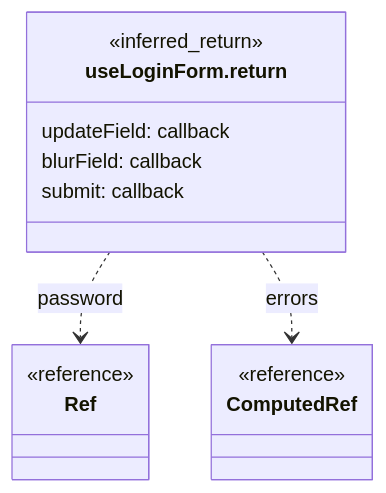
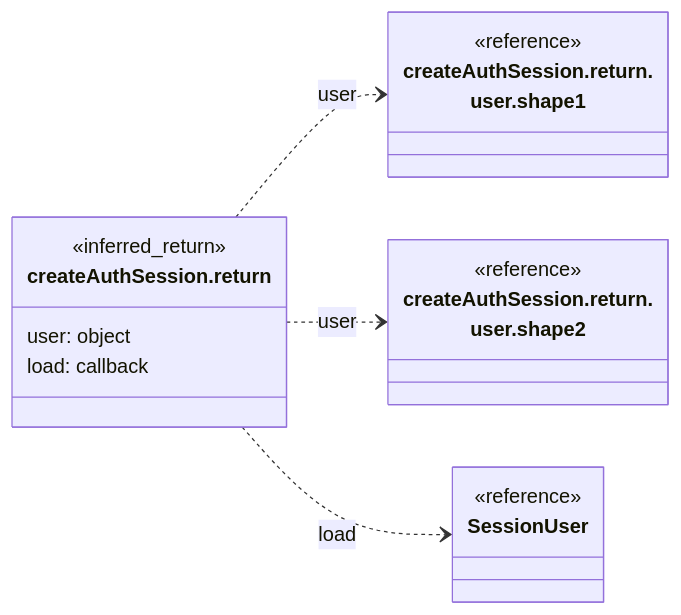
Before and after one commit to gpgsistemas01/nexus: diagram 16 of 21 in front/docs/architecture/views/logical/type-reference/auth.md, drawn with Mermaid. The commit also changed other lines of this file and 37 other files, not shown here.

Commit message:
docs: depurar diagramas y conservar contratos propios del frontend

````diff
--- a/front/docs/architecture/views/logical/type-reference/auth.md
+++ b/front/docs/architecture/views/logical/type-reference/auth.md
@@ -500,18 +456,21 @@
 ```mermaid
 classDiagram
-    direction TB
-    class Subject["useLoginForm.return"] {
+    direction LR
+    class Subject["createAuthSession.return"] {
         <<inferred_return>>
-        updateField: callback
-        blurField: callback
-        submit: callback
+        user: object
+        load: callback
     }
-    class R0["Ref"] {
+    class R0["createAuthSession.return.<br/>user.shape1"] {
         <<reference>>
     }
-    class R1["ComputedRef"] {
+    class R1["createAuthSession.return.<br/>user.shape2"] {
         <<reference>>
     }
-    Subject ..> R0 : password
-    Subject ..> R1 : errors
+    class R2["SessionUser"] {
+        <<reference>>
+    }
+    Subject ..> R0 : user
+    Subject ..> R1 : user
+    Subject ..> R2 : load
 ```
````
